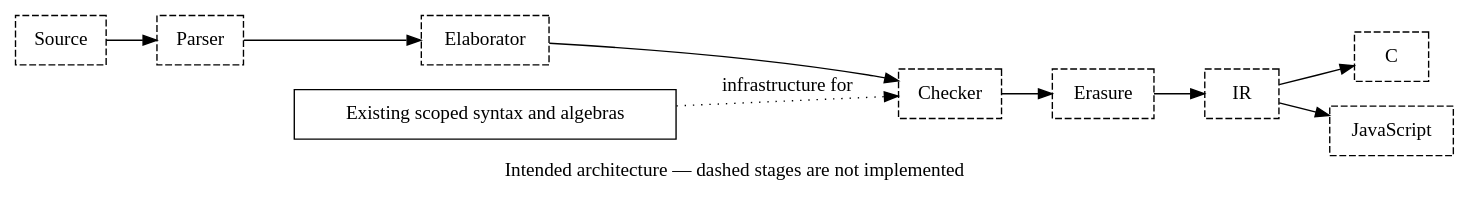
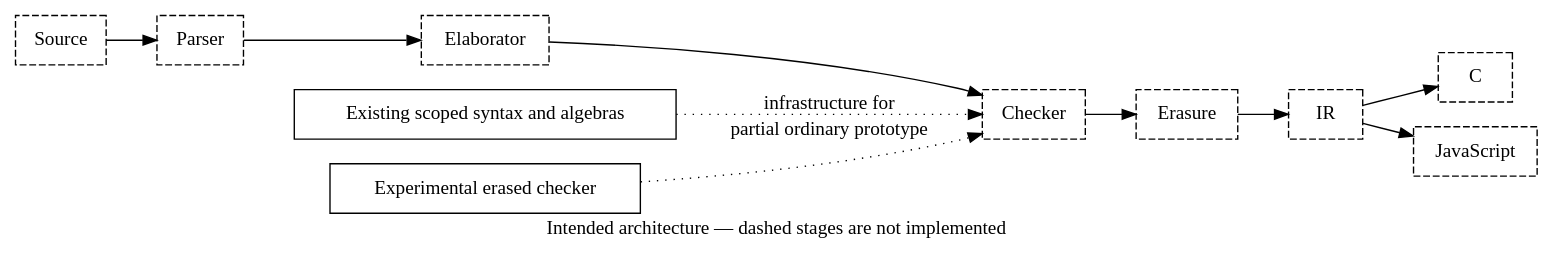
Before and after one commit to odunboye/fibril: the diagram in docs/diagrams/roadmap.dot, drawn with Graphviz. The commit also changed 18 other files, not shown here.

Commit message:
Implement experimental erased ordinary checker with negative tests and example

```diff
--- a/docs/diagrams/roadmap.dot
+++ b/docs/diagrams/roadmap.dot
@@ -1,8 +1,10 @@
 digraph Roadmap {
 rankdir=LR; node [shape=box,style=dashed];
 Source -> Parser -> Elaborator -> Checker -> Erasure -> IR;
 IR -> C; IR -> JavaScript;
 "Existing scoped syntax and algebras" [style=solid];
+"Experimental erased checker" [style=solid];
+"Experimental erased checker" -> Checker [style=dotted,label="partial ordinary prototype"];
 "Existing scoped syntax and algebras" -> Checker [style=dotted,label="infrastructure for"];
 label="Intended architecture — dashed stages are not implemented";
 }
```
